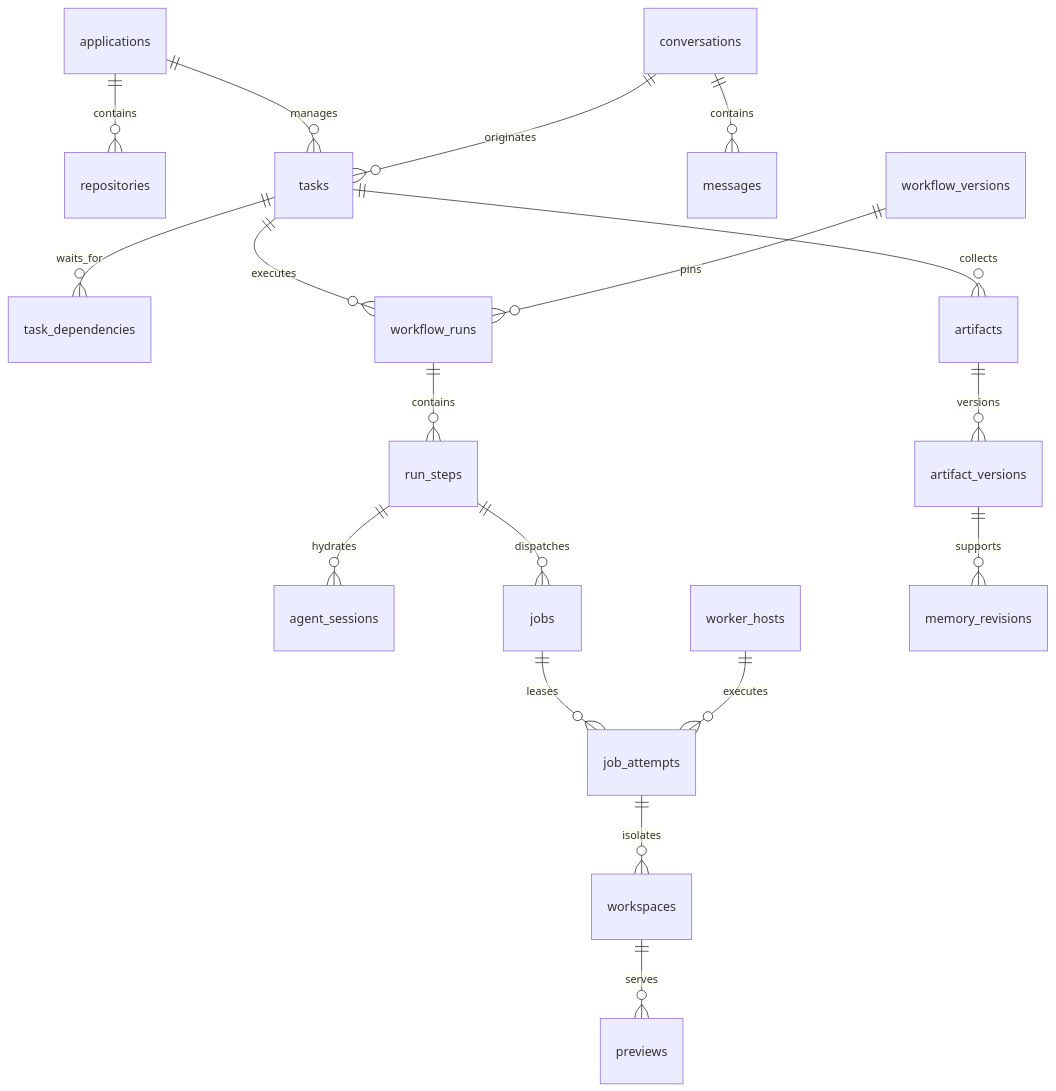
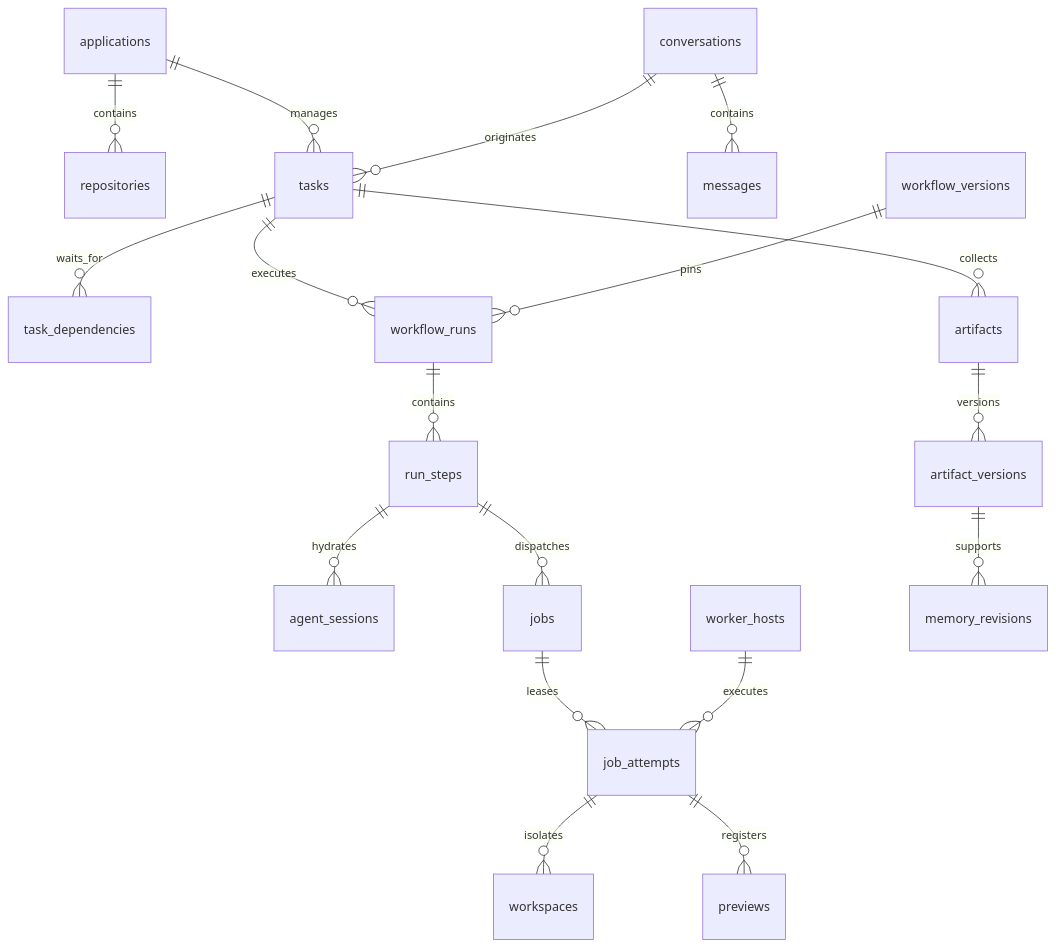
One commit to MarkTripoli/bakery changed the first of 3 diagrams in docs/technical-design/01-data-model.md. Above: the diagram before and after it, drawn with Mermaid. The commit also changed 3 other files, not shown here.

````diff
--- a/docs/technical-design/01-data-model.md
+++ b/docs/technical-design/01-data-model.md
@@ -37,20 +37,20 @@
 ```mermaid
 erDiagram
   applications ||--o{ repositories : contains
   applications ||--o{ tasks : manages
   conversations ||--o{ tasks : originates
   conversations ||--o{ messages : contains
   tasks ||--o{ task_dependencies : waits_for
   tasks ||--o{ workflow_runs : executes
   workflow_versions ||--o{ workflow_runs : pins
   workflow_runs ||--o{ run_steps : contains
   run_steps ||--o{ agent_sessions : hydrates
   run_steps ||--o{ jobs : dispatches
   jobs ||--o{ job_attempts : leases
   worker_hosts ||--o{ job_attempts : executes
   job_attempts ||--o{ workspaces : isolates
-  workspaces ||--o{ previews : serves
+  job_attempts ||--o{ previews : registers
   tasks ||--o{ artifacts : collects
   artifacts ||--o{ artifact_versions : versions
   artifact_versions ||--o{ memory_revisions : supports
 ```
````
